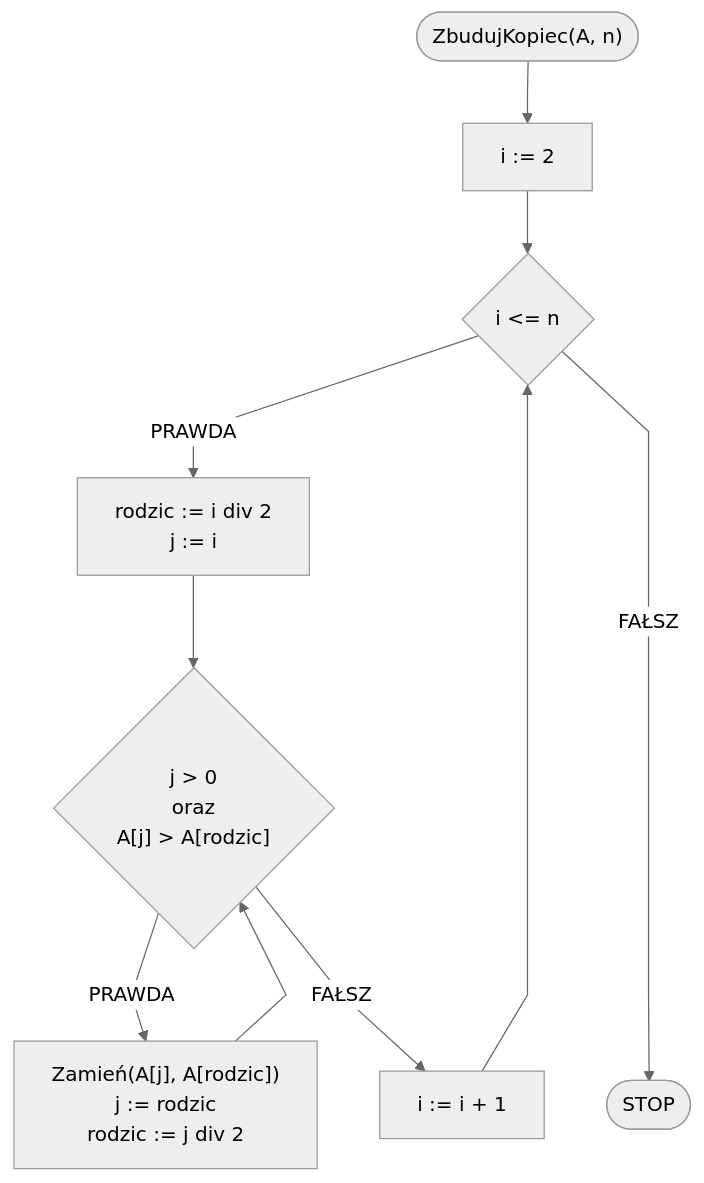
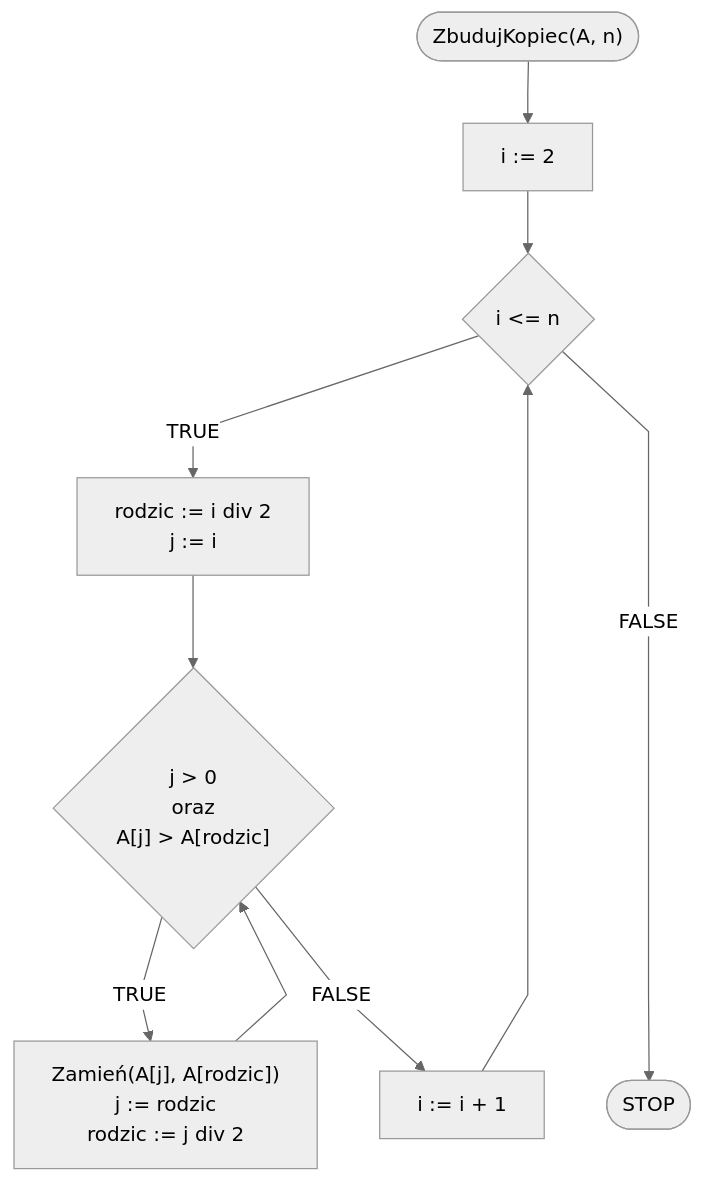
The first of 2 diagrams in docs/algorithms/sorting/heap-sort.md (blackbat13/edu-cs-htiew-en), drawn with Mermaid before and after one commit. The commit also changed other lines of this file and 682 other files, not shown here.

````diff
--- a/docs/algorithms/sorting/heap-sort.md
+++ b/docs/algorithms/sorting/heap-sort.md
@@ -54,18 +54,18 @@
 ```mermaid
 %%{init: {"flowchart": {"curve": "linear"}, "theme": "neutral"} }%%
 flowchart TD
     START(["ZbudujKopiec(A, n)"]) --> K0[i := 2]
     K0 --> K1{i <= n}
-    K1 -- PRAWDA --> K2[rodzic := i div 2
+    K1 -- TRUE --> K2[rodzic := i div 2
     j := i]
     K2 --> K4{"j > 0
     oraz
     A[j] > A[rodzic]"}
-    K4 -- PRAWDA --> K5["Zamień(A[j], A[rodzic])
+    K4 -- TRUE --> K5["Zamień(A[j], A[rodzic])
     j := rodzic
     rodzic := j div 2"]
     K5 --> K4
-    K4 -- FAŁSZ --> K1i[i := i + 1]
+    K4 -- FALSE --> K1i[i := i + 1]
     K1i --> K1
-    K1 -- FAŁSZ ----> STOP([STOP])
+    K1 -- FALSE ----> STOP([STOP])
 ```
````
